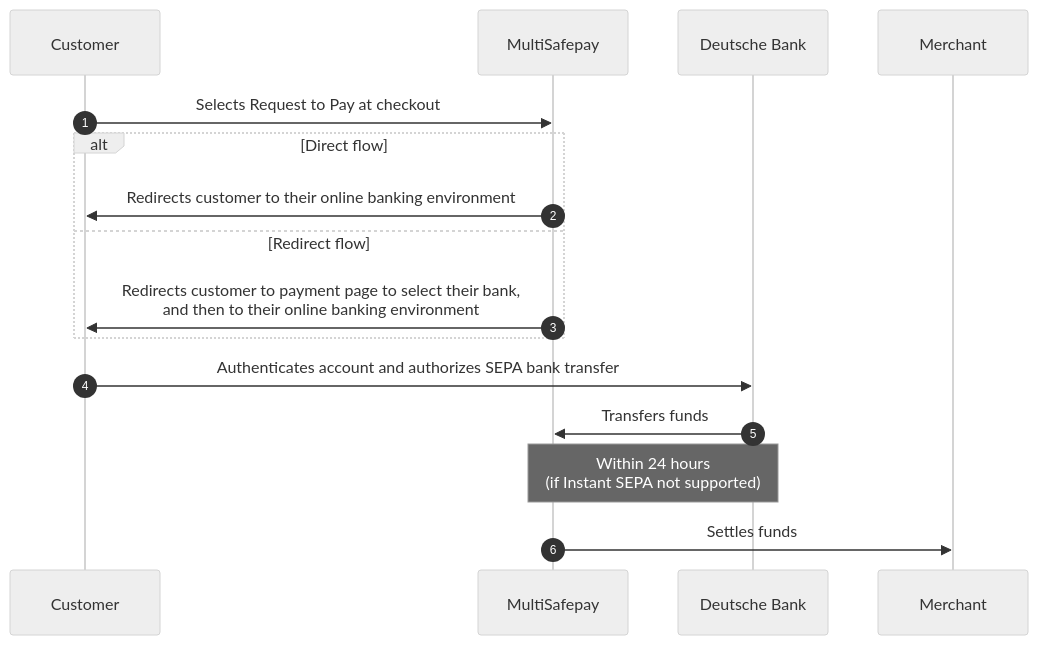
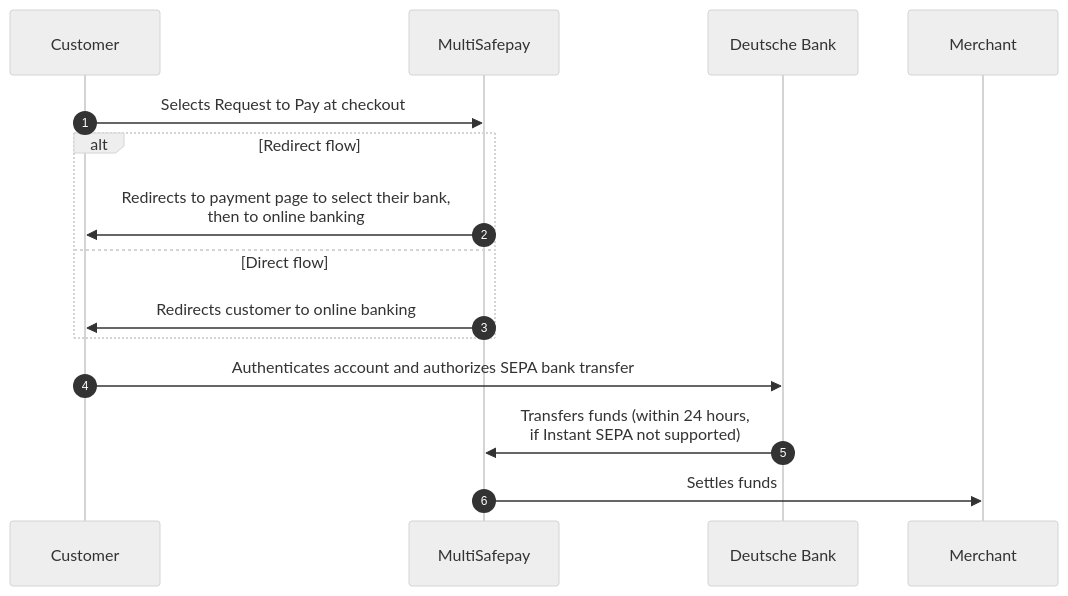
One commit to MultiSafepay/docs changed the diagram in content/payments/methods/banks/request-to-pay/payment-flow.md. Above: the diagram before and after it, drawn with Mermaid (neutral theme). The commit also changed other lines of this file and 35 other files, not shown here.

```diff
--- a/content/payments/methods/banks/request-to-pay/payment-flow.md
+++ b/content/payments/methods/banks/request-to-pay/payment-flow.md
@@ -17,21 +17,20 @@
 {{< mermaid class="text-center" >}}
 
 sequenceDiagram
     autonumber
     participant C as Customer
     participant Mu as MultiSafepay
     participant D as Deutsche Bank
     participant Me as Merchant
 
     C->>Mu: Selects Request to Pay at checkout
-    alt Direct flow
-    Mu->>C: Redirects customer to their online banking environment
-    else Redirect flow
-    Mu->>C: Redirects customer to payment page to select their bank, <br> and then to their online banking environment
+    alt Redirect flow
+    Mu->>C: Redirects to payment page to select their bank, <br> then to online banking
+    else Direct flow
+    Mu->>C: Redirects customer to online banking
     end
     C->>D: Authenticates account and authorizes SEPA bank transfer
-    D->>Mu: Transfers funds 
-    Note over D,Mu: Within 24 hours <br> (if Instant SEPA not supported)
+    D->>Mu: Transfers funds (within 24 hours, <br> if Instant SEPA not supported)
     Mu->>Me: Settles funds
     
 {{< /mermaid >}}
```
